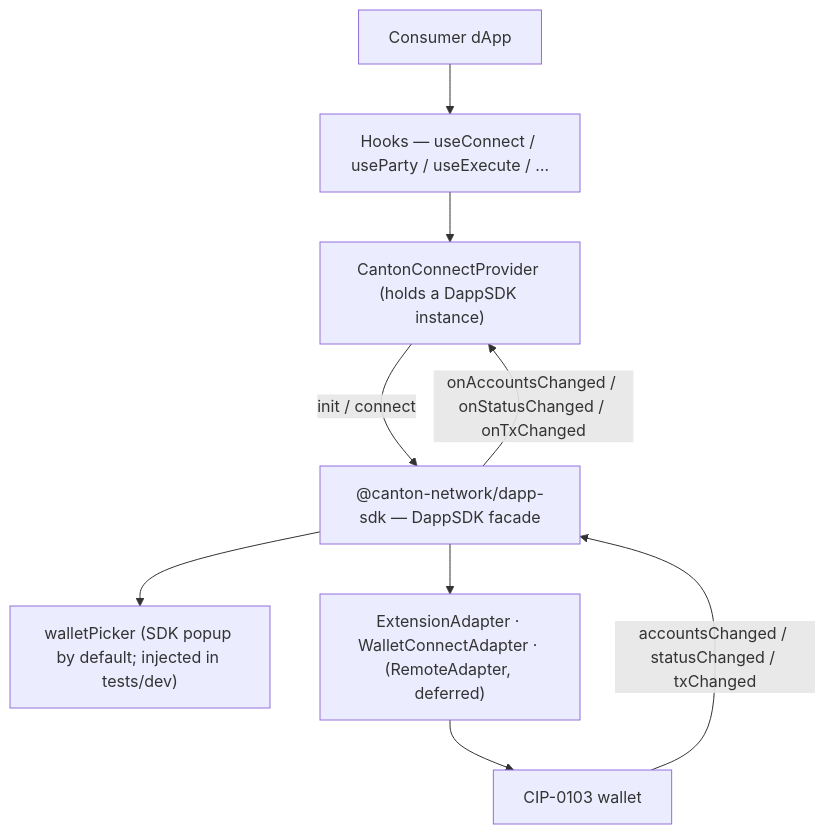
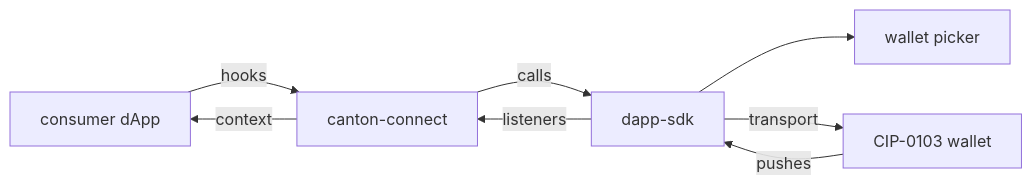
Before and after one commit to BootNodeDev/canton-dappbooster: the diagram in canton-connect/architecture.md, drawn with Mermaid. The commit also changed other lines of this file and 2 other files, not shown here.

First line of the commit message:
docs(connect): the package docs say what it does, not how xstate works

````diff
--- a/canton-connect/architecture.md
+++ b/canton-connect/architecture.md
@@ -46,19 +36,16 @@
 ```mermaid
-flowchart TD
-  app["Consumer dApp"]
-  hooks["Hooks — useConnect / useParty / useExecute / …"]
-  provider["CantonConnectProvider (holds a DappSDK instance)"]
-  sdk["@canton-network/dapp-sdk — DappSDK facade"]
-  picker["walletPicker (SDK popup by default; injected in tests/dev)"]
-  adapters["ExtensionAdapter · WalletConnectAdapter · (RemoteAdapter, deferred)"]
+flowchart LR
+  app["consumer dApp"]
+  cc["canton-connect"]
+  sdk["dapp-sdk"]
+  picker["wallet picker"]
   wallet["CIP-0103 wallet"]
 
-  app --> hooks
-  hooks --> provider
-  provider -->|init / connect| sdk
+  app -->|hooks| cc
+  cc -->|calls| sdk
   sdk --> picker
-  sdk --> adapters
-  adapters --> wallet
-  wallet -->|accountsChanged / statusChanged / txChanged| sdk
-  sdk -->|onAccountsChanged / onStatusChanged / onTxChanged| provider
+  sdk -->|transport| wallet
+  wallet -->|pushes| sdk
+  sdk -->|listeners| cc
+  cc -->|context| app
 ```
````
